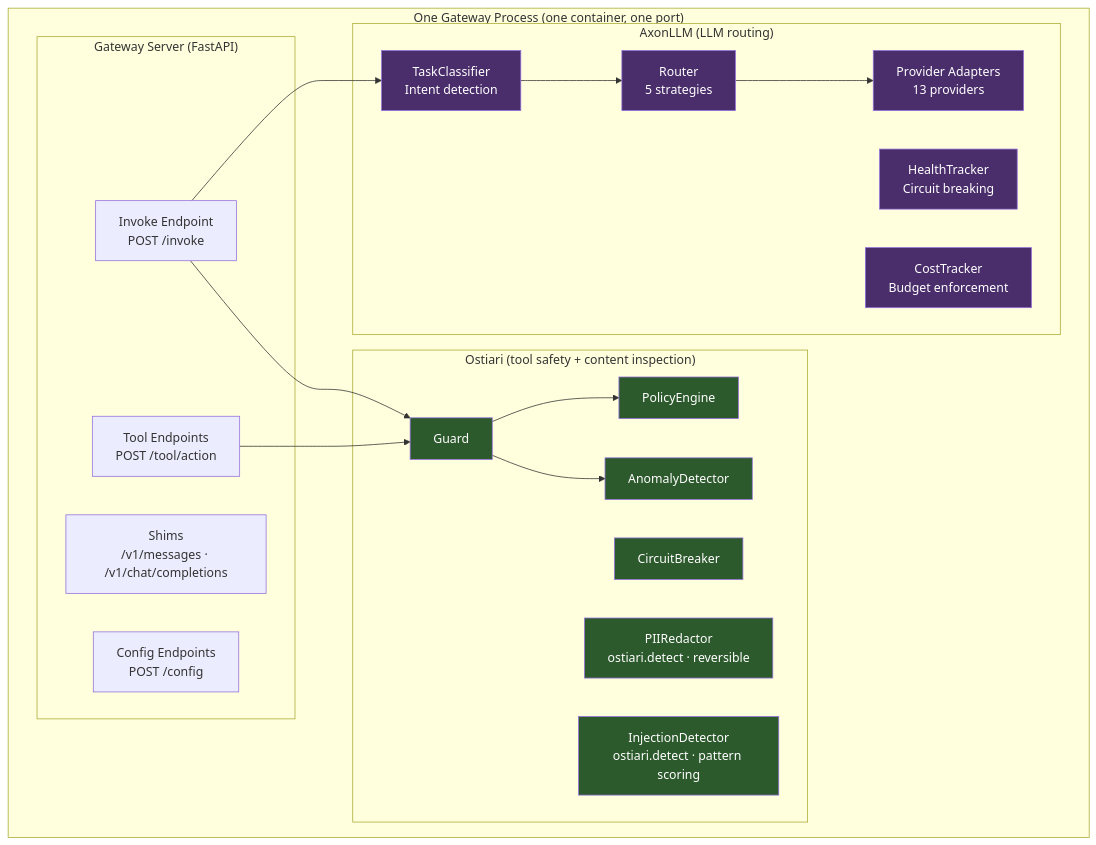
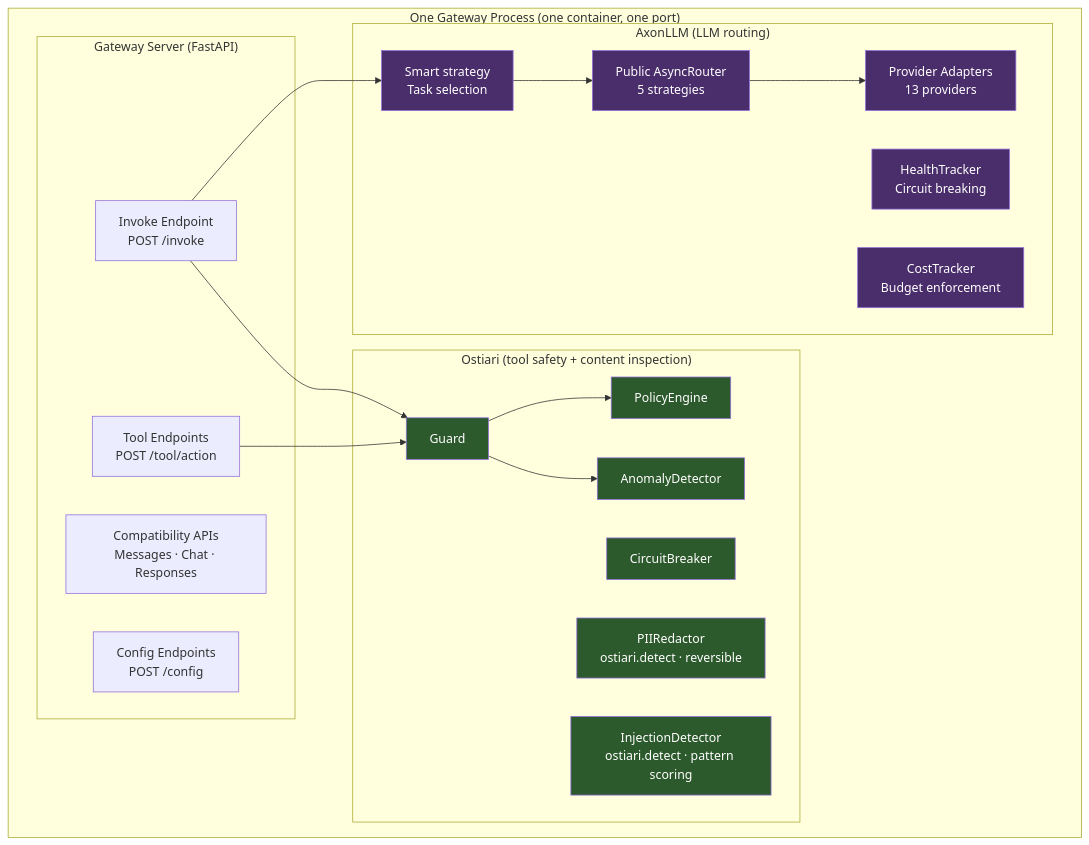
Before and after one commit to hk-775/ostiari: diagram 16 of 39 in docs/gateway-architecture.md, drawn with Mermaid. The commit also changed other lines of this file and 380 other files, not shown here.

````diff
--- a/docs/gateway-architecture.md
+++ b/docs/gateway-architecture.md
@@ -1687,48 +1704,48 @@
 ```mermaid
 graph TB
     subgraph "One Gateway Process (one container, one port)"
         subgraph "Ostiari (tool safety + content inspection)"
             G[Guard]
             P[PolicyEngine]
             A[AnomalyDetector]
             CB[CircuitBreaker]
             PII[PIIRedactor<br/>ostiari.detect · reversible]
             ID[InjectionDetector<br/>ostiari.detect · pattern scoring]
         end
 
         subgraph "AxonLLM (LLM routing)"
-            R[Router<br/>5 strategies]
-            TC[TaskClassifier<br/>Intent detection]
+            R[Public AsyncRouter<br/>5 strategies]
+            TC[Smart strategy<br/>Task selection]
             PR[Provider Adapters<br/>13 providers]
             HT[HealthTracker<br/>Circuit breaking]
             CT[CostTracker<br/>Budget enforcement]
         end
 
         subgraph "Gateway Server (FastAPI)"
             TE[Tool Endpoints<br/>POST /tool/action]
             IE[Invoke Endpoint<br/>POST /invoke]
-            SH[Shims<br/>/v1/messages · /v1/chat/completions]
+            SH[Compatibility APIs<br/>Messages · Chat · Responses]
             CE[Config Endpoints<br/>POST /config]
         end
     end
 
     IE --> TC
     TC --> R
     R --> PR
     IE --> G
     TE --> G
     G --> P
     G --> A
 
     style G fill:#2d5a2d,color:white
     style P fill:#2d5a2d,color:white
     style A fill:#2d5a2d,color:white
     style CB fill:#2d5a2d,color:white
     style PII fill:#2d5a2d,color:white
     style ID fill:#2d5a2d,color:white
     style R fill:#4a2d6b,color:white
     style TC fill:#4a2d6b,color:white
     style PR fill:#4a2d6b,color:white
     style HT fill:#4a2d6b,color:white
     style CT fill:#4a2d6b,color:white
 ```
````
